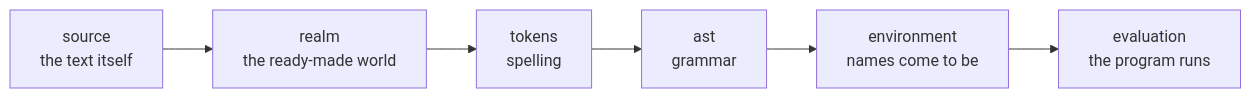
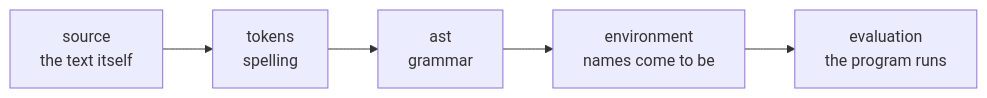
One commit to codeschoolinabox/curricula changed the third of 4 diagrams in src/lib/study-lenses/README.md. Above: the diagram before and after it, drawn with Mermaid. The commit also changed other lines of this file and 6 other files, not shown here.

````diff
--- a/src/lib/study-lenses/README.md
+++ b/src/lib/study-lenses/README.md
@@ -107,10 +107,9 @@
 ```mermaid
 flowchart LR
     source["source<br/>the text itself"]
-    realm["realm<br/>the ready-made world"]
     tokens["tokens<br/>spelling"]
     ast["ast<br/>grammar"]
     environment["environment<br/>names come to be"]
     evaluation["evaluation<br/>the program runs"]
-    source --> realm --> tokens --> ast --> environment --> evaluation
+    source --> tokens --> ast --> environment --> evaluation
 ```
````
